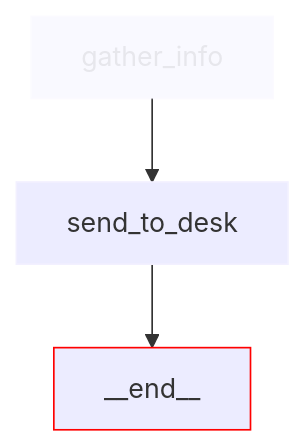
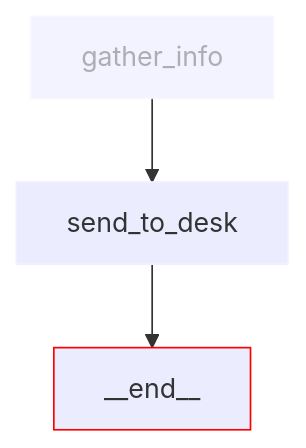
The fifth of 5 diagrams in src/workflows/support_desk/nodes/README.md (dextersjab/agentic-workbench-langgraph), drawn with Mermaid before and after one commit. The commit also changed other lines of this file, not shown here.

````diff
--- a/src/workflows/support_desk/nodes/README.md
+++ b/src/workflows/support_desk/nodes/README.md
@@ -104,12 +104,12 @@
 ```mermaid
 graph TD
     A[gather_info] --> B[send_to_desk]
     B --> C[__end__]
     
     classDef default stroke:#f2f0ff,line-height:1.2
-    classDef context opacity:0.3
+    classDef context opacity:0.6
     classDef last stroke:red
     
     class A context
     class C last
 ```
````
